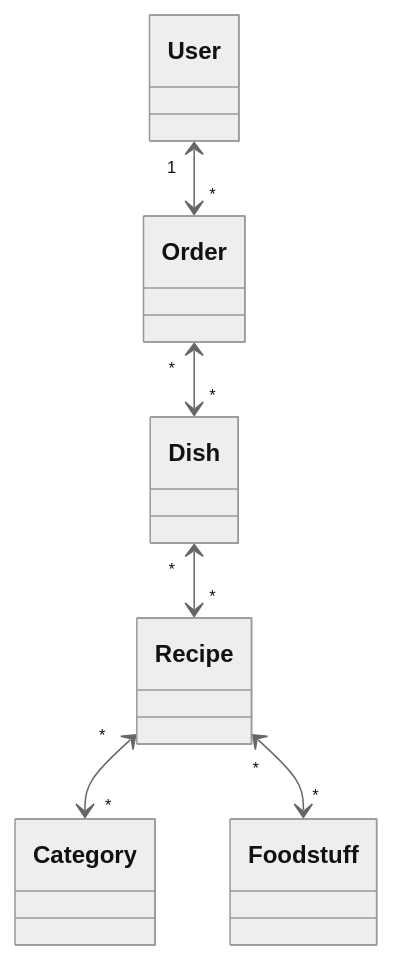
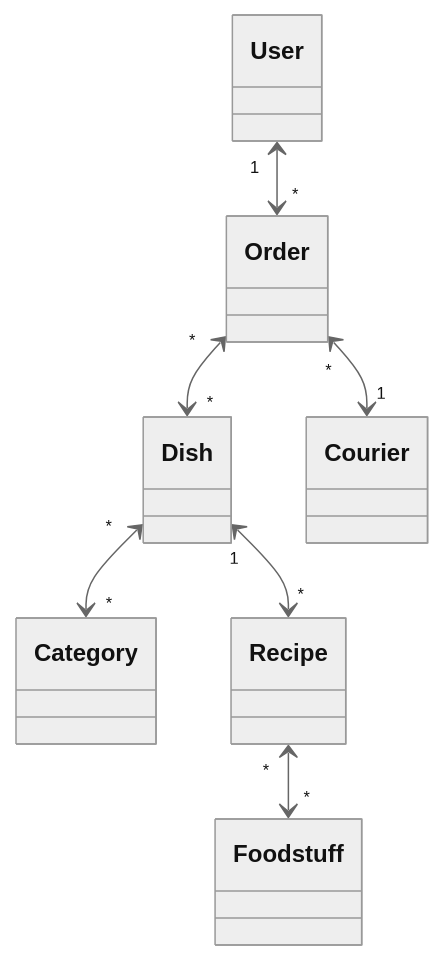
The diagram in README.md (akvamarinel/HighLoad), drawn with Mermaid (neutral theme) before and after one commit.

Commit message:
docs: update documentation (README.md)

````diff
--- a/README.md
+++ b/README.md
@@ -12,8 +12,9 @@
 ```mermaid
 	classDiagram
 	User "1" <--> "*" Order
 	Order "*" <--> "*" Dish
-	Dish "*" <--> "*" Recipe 
-	Recipe "*" <--> "*" Category
+	Order "*" <--> "1" Courier
+	Dish "*" <--> "*" Category
+	Dish "1" <--> "*" Recipe 
 	Recipe "*" <--> "*" Foodstuff
 ```
````
